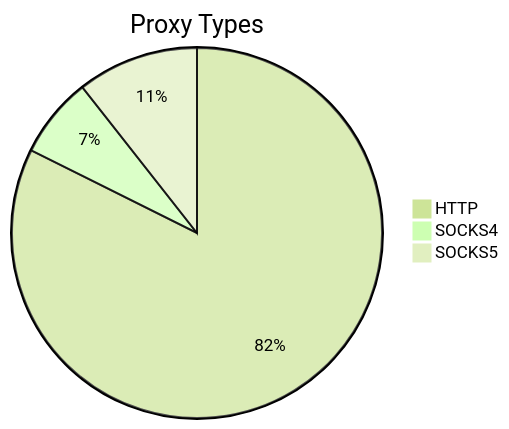
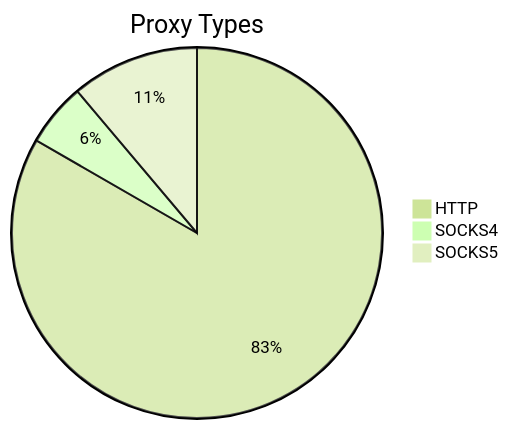
The first of 2 diagrams in README.md (stormsia/proxy-list), drawn with Mermaid (forest theme) before and after one commit. The commit also changed other lines of this file, not shown here.

````diff
--- a/README.md
+++ b/README.md
@@ -21,6 +21,6 @@
 ```mermaid
 pie title Proxy Types
-    "HTTP" : 831
-    "SOCKS4" : 71
-    "SOCKS5" : 107
+    "HTTP" : 784
+    "SOCKS4" : 52
+    "SOCKS5" : 105
 ```
````
